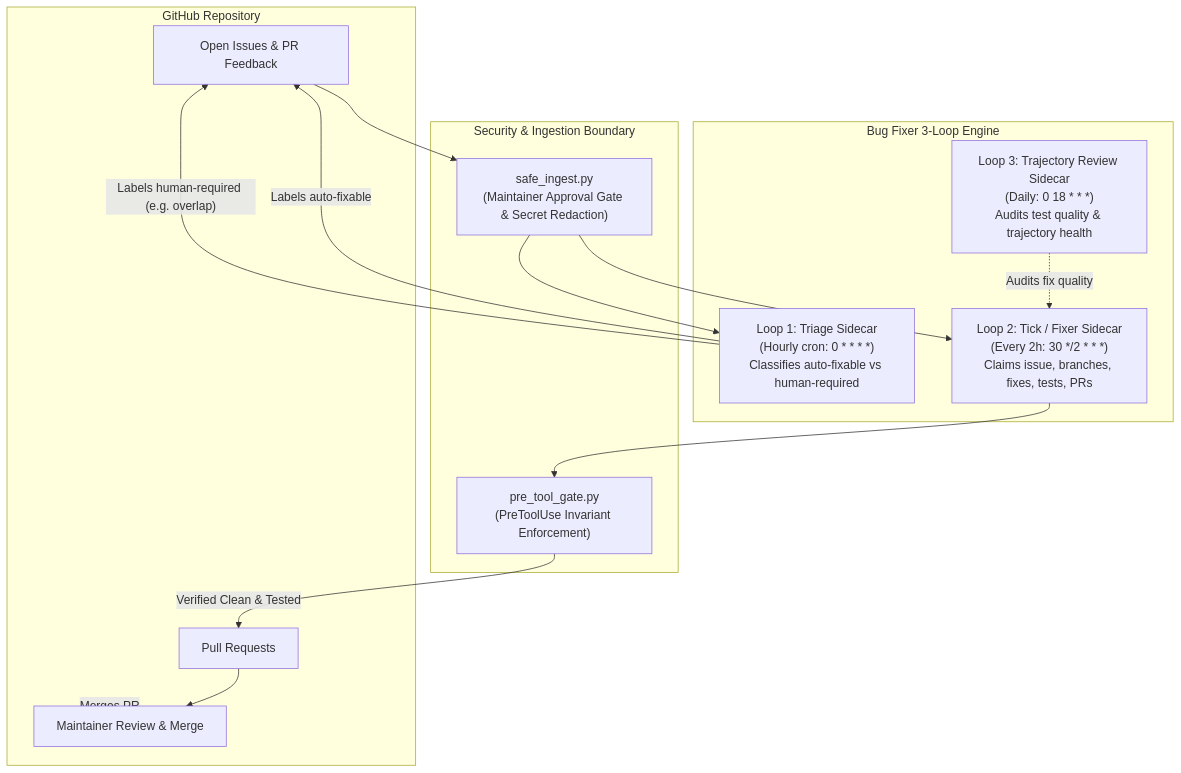
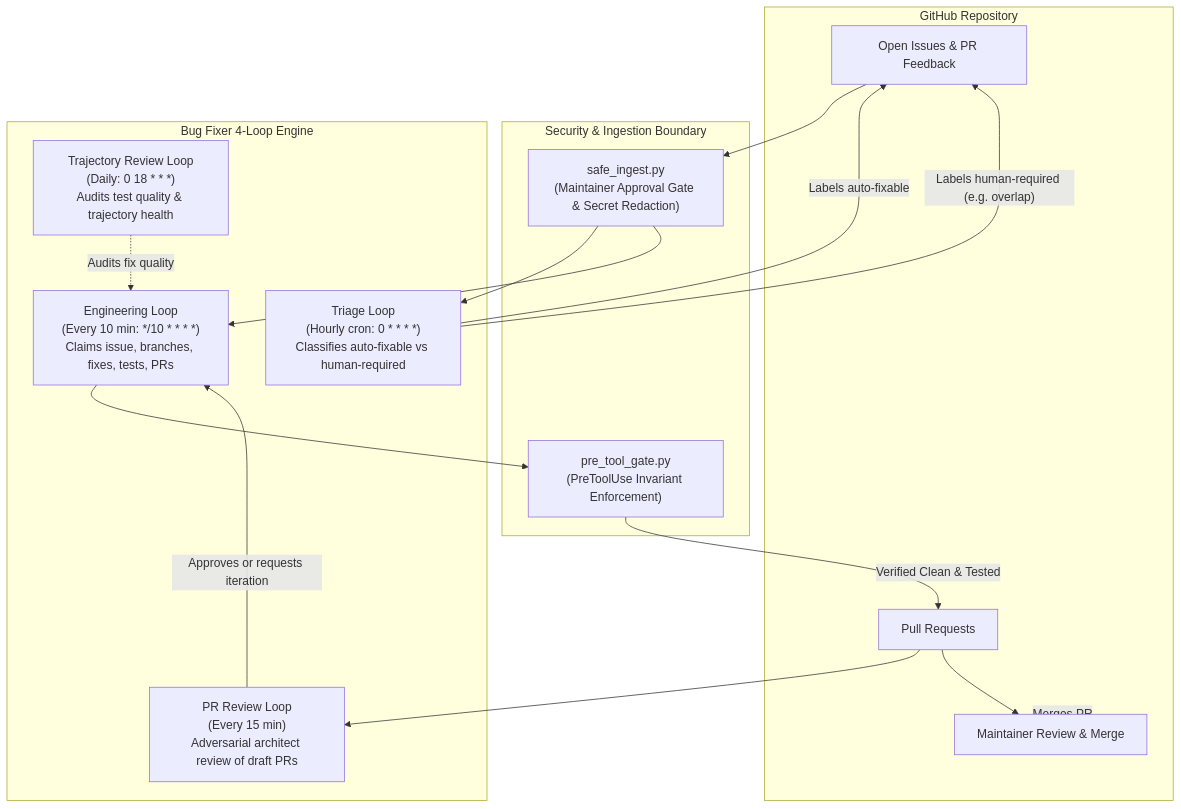
The diagram in README.md (matthewmcneill/bug-fixer-loop-plugin), drawn with Mermaid before and after one commit. The commit also changed other lines of this file and 12 other files, not shown here.

First line of the commit message:
refactor: complete tick→engineering rename across all scripts, skills, docs

````diff
--- a/README.md
+++ b/README.md
@@ -54,30 +54,33 @@
 ```mermaid
 flowchart TD
     subgraph GitHub ["GitHub Repository"]
         Issues["Open Issues & PR Feedback"]
         PRs["Pull Requests"]
         HumanReview["Maintainer Review & Merge"]
     end
 
     subgraph Security ["Security & Ingestion Boundary"]
         SafeIngest["safe_ingest.py\n(Maintainer Approval Gate & Secret Redaction)"]
         PreToolGate["pre_tool_gate.py\n(PreToolUse Invariant Enforcement)"]
     end
 
-    subgraph Loops ["Bug Fixer 3-Loop Engine"]
-        TriageSidecar["Loop 1: Triage Sidecar\n(Hourly cron: 0 * * * *)\nClassifies auto-fixable vs human-required"]
-        TickSidecar["Loop 2: Tick / Fixer Sidecar\n(Every 2h: 30 */2 * * *)\nClaims issue, branches, fixes, tests, PRs"]
-        ReviewSidecar["Loop 3: Trajectory Review Sidecar\n(Daily: 0 18 * * *)\nAudits test quality & trajectory health"]
+    subgraph Loops ["Bug Fixer 4-Loop Engine"]
+        TriageSidecar["Triage Loop\n(Hourly cron: 0 * * * *)\nClassifies auto-fixable vs human-required"]
+        EngineeringSidecar["Engineering Loop\n(Every 10 min: */10 * * * *)\nClaims issue, branches, fixes, tests, PRs"]
+        PRReviewSidecar["PR Review Loop\n(Every 15 min)\nAdversarial architect review of draft PRs"]
+        TrajectoryReviewSidecar["Trajectory Review Loop\n(Daily: 0 18 * * *)\nAudits test quality & trajectory health"]
     end
 
     Issues --> SafeIngest
     SafeIngest --> TriageSidecar
     TriageSidecar -- "Labels auto-fixable" --> Issues
     TriageSidecar -- "Labels human-required (e.g. overlap)" --> Issues
-    SafeIngest --> TickSidecar
-    TickSidecar --> PreToolGate
+    SafeIngest --> EngineeringSidecar
+    EngineeringSidecar --> PreToolGate
     PreToolGate -- "Verified Clean & Tested" --> PRs
+    PRs --> PRReviewSidecar
+    PRReviewSidecar -- "Approves or requests iteration" --> EngineeringSidecar
     PRs --> HumanReview
     HumanReview -- "Merges PR" --> GitHub
-    ReviewSidecar -. "Audits fix quality" .-> TickSidecar
+    TrajectoryReviewSidecar -. "Audits fix quality" .-> EngineeringSidecar
 ```
````
